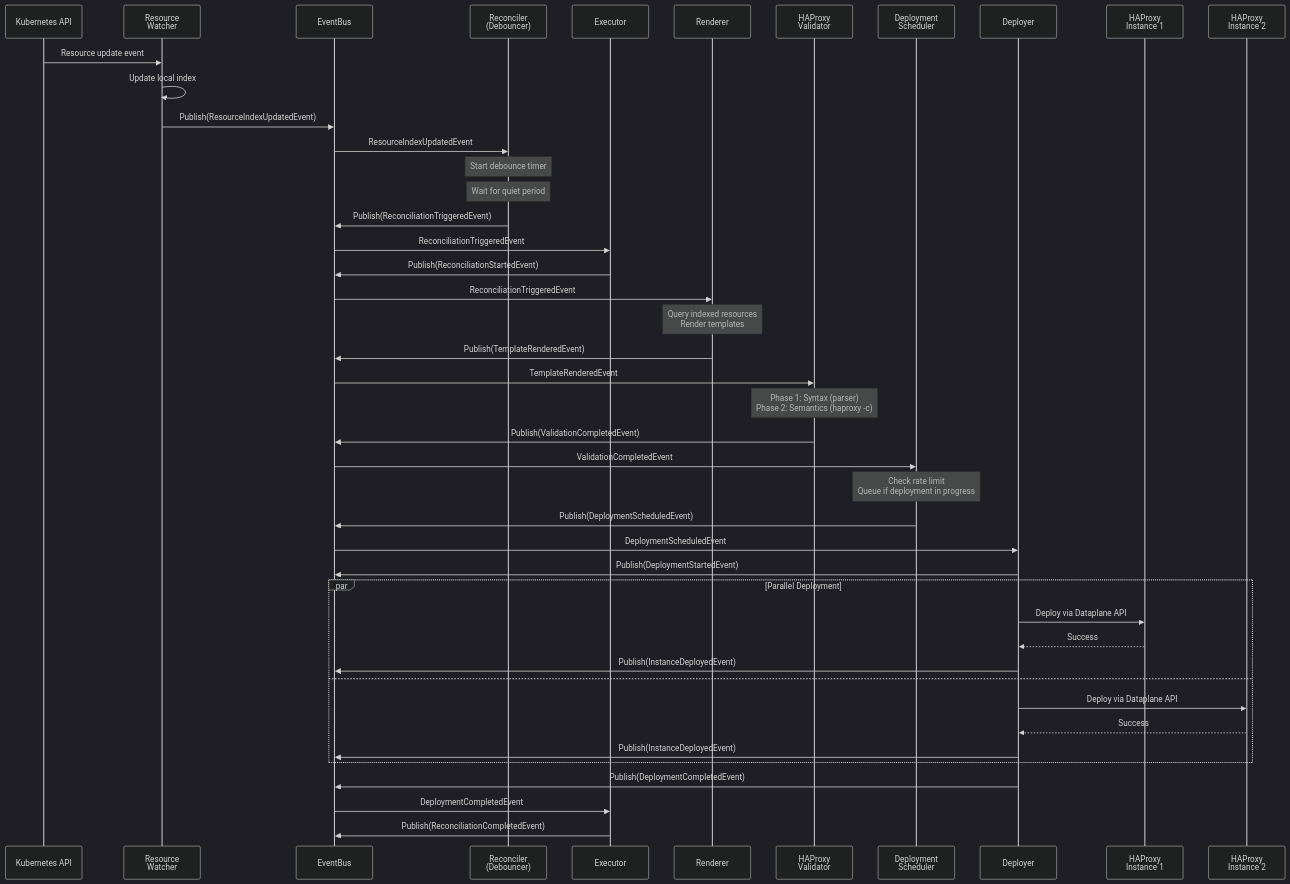
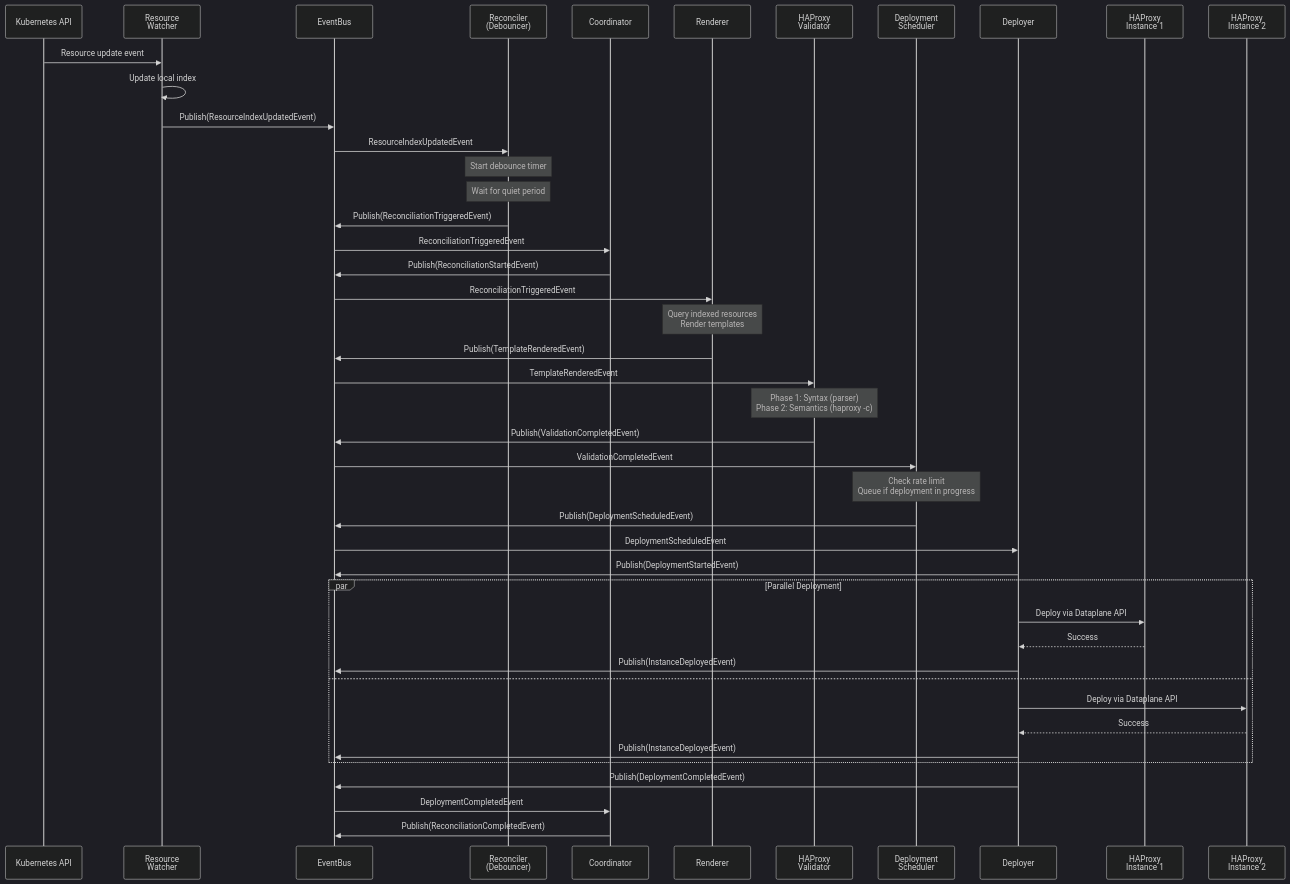
Before and after one commit to HAProxy-Template-IC/haproxy-template-ingress-controller: the second of 4 diagrams in docs/controller/docs/development/design/sequence-diagrams.md, drawn with Mermaid (dark theme). The commit also changed other lines of this file and 71 other files, not shown here.

Commit message:
docs: fix drift and align with current CRD, metrics, and chart defaults

````diff
--- a/docs/controller/docs/development/design/sequence-diagrams.md
+++ b/docs/controller/docs/development/design/sequence-diagrams.md
@@ -75,57 +75,57 @@
 ```mermaid
 sequenceDiagram
     participant K8S as Kubernetes API
     participant ResourceWatcher as Resource<br/>Watcher
     participant EventBus
     participant Reconciler as Reconciler<br/>(Debouncer)
-    participant Executor
+    participant Coordinator
     participant Renderer as Renderer
     participant Validator as HAProxy<br/>Validator
     participant Scheduler as Deployment<br/>Scheduler
     participant Deployer as Deployer
     participant HAProxy1 as HAProxy<br/>Instance 1
     participant HAProxy2 as HAProxy<br/>Instance 2
 
     K8S->>ResourceWatcher: Resource update event
     ResourceWatcher->>ResourceWatcher: Update local index
     ResourceWatcher->>EventBus: Publish(ResourceIndexUpdatedEvent)
 
     EventBus->>Reconciler: ResourceIndexUpdatedEvent
     Note over Reconciler: Start debounce timer
 
     Note over Reconciler: Wait for quiet period
 
     Reconciler->>EventBus: Publish(ReconciliationTriggeredEvent)
 
-    EventBus->>Executor: ReconciliationTriggeredEvent
-    Executor->>EventBus: Publish(ReconciliationStartedEvent)
+    EventBus->>Coordinator: ReconciliationTriggeredEvent
+    Coordinator->>EventBus: Publish(ReconciliationStartedEvent)
 
     EventBus->>Renderer: ReconciliationTriggeredEvent
     Note over Renderer: Query indexed resources<br/>Render templates
     Renderer->>EventBus: Publish(TemplateRenderedEvent)
 
     EventBus->>Validator: TemplateRenderedEvent
     Note over Validator: Phase 1: Syntax (parser)<br/>Phase 2: Semantics (haproxy -c)
     Validator->>EventBus: Publish(ValidationCompletedEvent)
 
     EventBus->>Scheduler: ValidationCompletedEvent
     Note over Scheduler: Check rate limit<br/>Queue if deployment in progress
     Scheduler->>EventBus: Publish(DeploymentScheduledEvent)
 
     EventBus->>Deployer: DeploymentScheduledEvent
     Deployer->>EventBus: Publish(DeploymentStartedEvent)
 
     par Parallel Deployment
         Deployer->>HAProxy1: Deploy via Dataplane API
         HAProxy1-->>Deployer: Success
         Deployer->>EventBus: Publish(InstanceDeployedEvent)
     and
         Deployer->>HAProxy2: Deploy via Dataplane API
         HAProxy2-->>Deployer: Success
         Deployer->>EventBus: Publish(InstanceDeployedEvent)
     end
 
     Deployer->>EventBus: Publish(DeploymentCompletedEvent)
-    EventBus->>Executor: DeploymentCompletedEvent
-    Executor->>EventBus: Publish(ReconciliationCompletedEvent)
+    EventBus->>Coordinator: DeploymentCompletedEvent
+    Coordinator->>EventBus: Publish(ReconciliationCompletedEvent)
 ```
````
